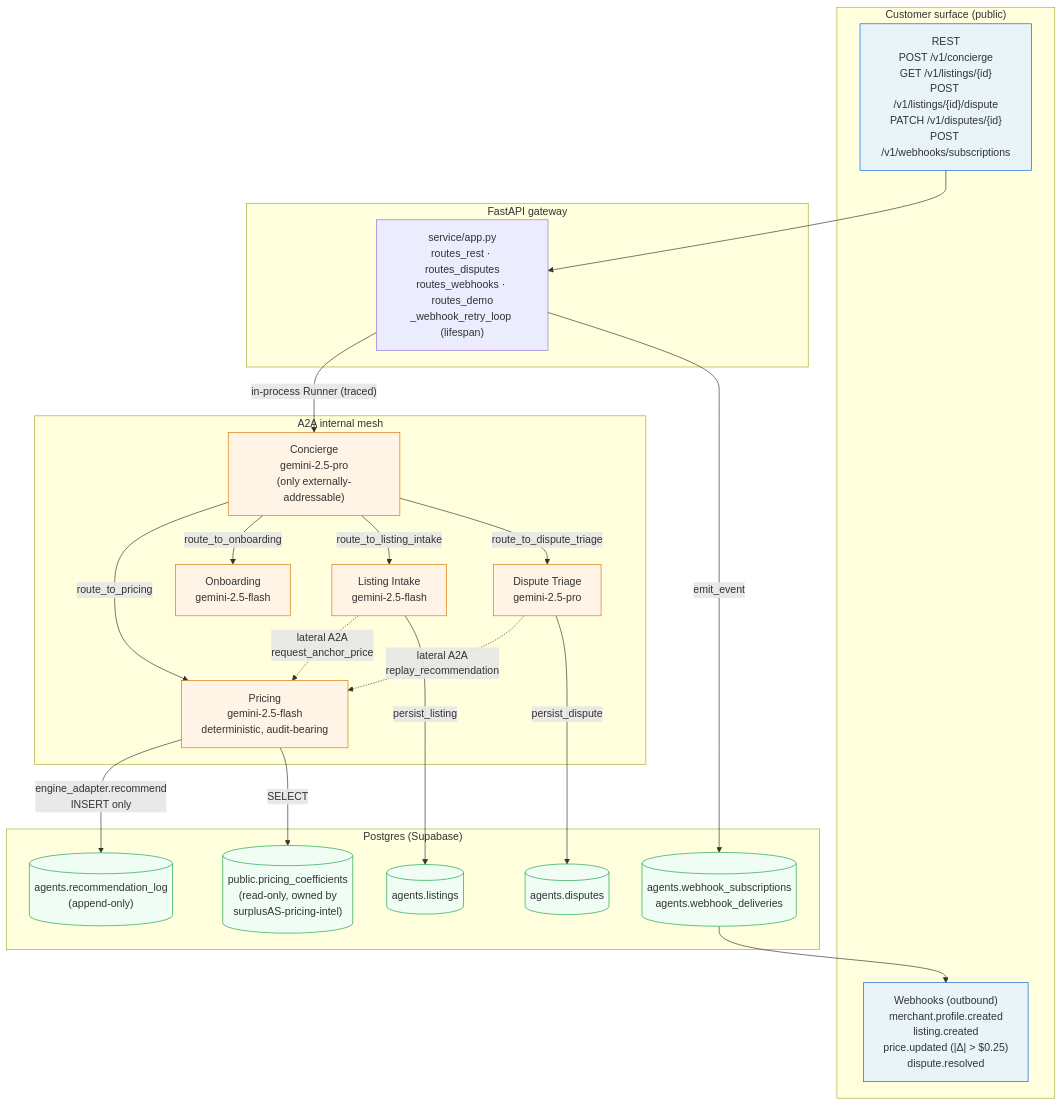
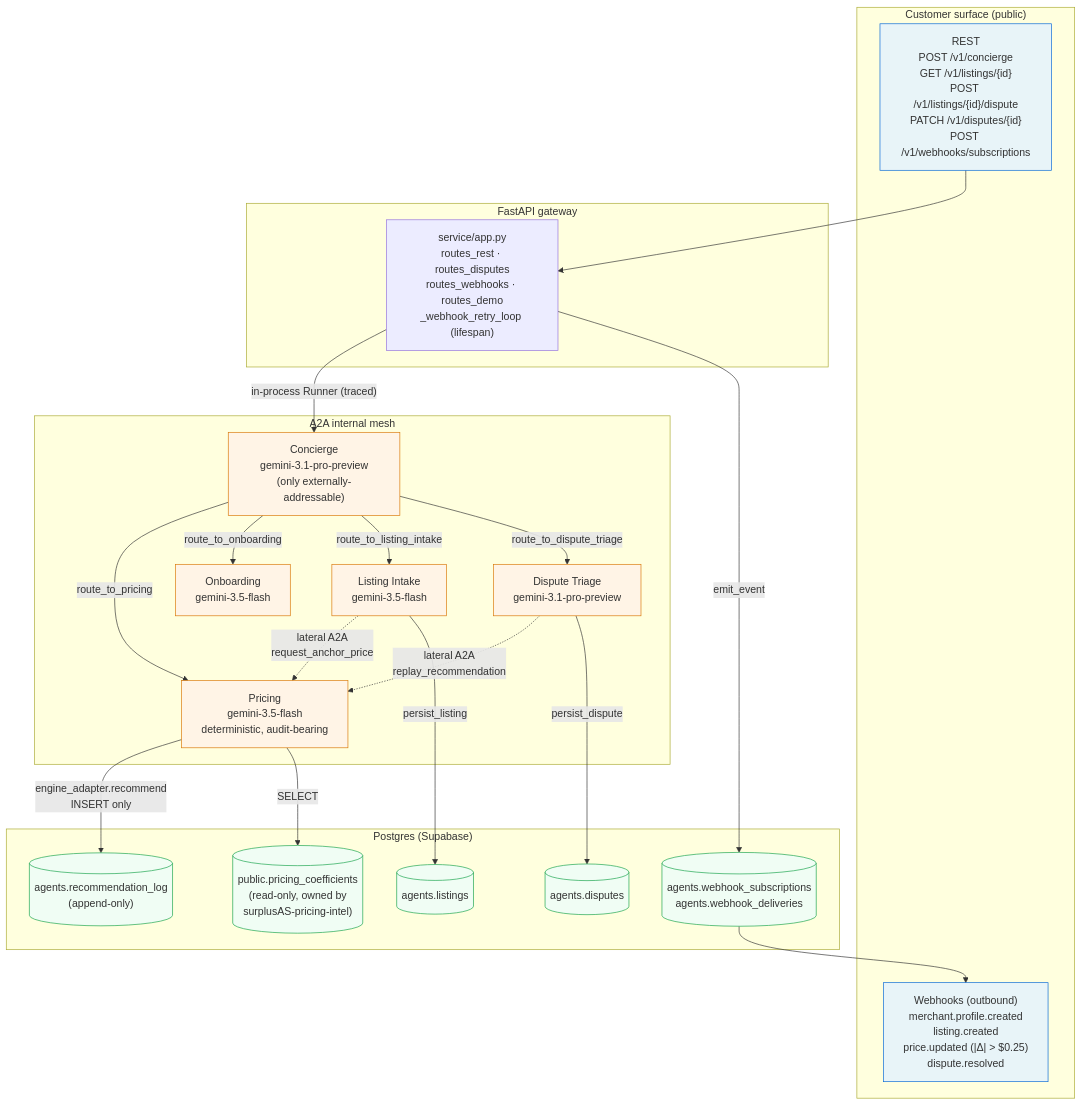
One commit to PS2O-Mitch/surplusAS-agents-2.0 changed the first of 3 diagrams in docs/architecture.md. Above: the diagram before and after it, drawn with Mermaid. The commit also changed 5 other files, not shown here.

First line of the commit message:
models: gemini-2.5 -> gemini-3.1-pro-preview / gemini-3.5-flash

````diff
--- a/docs/architecture.md
+++ b/docs/architecture.md
@@ -11,51 +11,51 @@
 ```mermaid
 flowchart TB
     subgraph customer["Customer surface (public)"]
         rest["REST<br/>POST /v1/concierge<br/>GET /v1/listings/{id}<br/>POST /v1/listings/{id}/dispute<br/>PATCH /v1/disputes/{id}<br/>POST /v1/webhooks/subscriptions"]
         wh["Webhooks (outbound)<br/>merchant.profile.created<br/>listing.created<br/>price.updated (|Δ| &gt; $0.25)<br/>dispute.resolved"]
     end
 
     subgraph gateway["FastAPI gateway"]
         app["service/app.py<br/>routes_rest · routes_disputes<br/>routes_webhooks · routes_demo<br/>_webhook_retry_loop (lifespan)"]
     end
 
     subgraph mesh["A2A internal mesh"]
-        concierge["Concierge<br/>gemini-2.5-pro<br/>(only externally-addressable)"]
-        pricing["Pricing<br/>gemini-2.5-flash<br/>deterministic, audit-bearing"]
-        onboarding["Onboarding<br/>gemini-2.5-flash"]
-        intake["Listing Intake<br/>gemini-2.5-flash"]
-        dispute["Dispute Triage<br/>gemini-2.5-pro"]
+        concierge["Concierge<br/>gemini-3.1-pro-preview<br/>(only externally-addressable)"]
+        pricing["Pricing<br/>gemini-3.5-flash<br/>deterministic, audit-bearing"]
+        onboarding["Onboarding<br/>gemini-3.5-flash"]
+        intake["Listing Intake<br/>gemini-3.5-flash"]
+        dispute["Dispute Triage<br/>gemini-3.1-pro-preview"]
     end
 
     subgraph data["Postgres (Supabase)"]
         log[("agents.recommendation_log<br/>(append-only)")]
         listings[("agents.listings")]
         disputes[("agents.disputes")]
         coeffs[("public.pricing_coefficients<br/>(read-only, owned by<br/>surplusAS-pricing-intel)")]
         subs[("agents.webhook_subscriptions<br/>agents.webhook_deliveries")]
     end
 
     rest --> app
     app -->|"in-process Runner (traced)"| concierge
     concierge -->|"route_to_pricing"| pricing
     concierge -->|"route_to_onboarding"| onboarding
     concierge -->|"route_to_listing_intake"| intake
     concierge -->|"route_to_dispute_triage"| dispute
 
     intake -. "lateral A2A<br/>request_anchor_price" .-> pricing
     dispute -. "lateral A2A<br/>replay_recommendation" .-> pricing
 
     pricing -->|"engine_adapter.recommend<br/>INSERT only"| log
     pricing -->|"SELECT"| coeffs
     intake -->|"persist_listing"| listings
     dispute -->|"persist_dispute"| disputes
     app -->|"emit_event"| subs
     subs --> wh
 
     classDef customer fill:#e8f4f8,stroke:#0366d6
     classDef agent fill:#fff4e6,stroke:#d97706
     classDef store fill:#f0fdf4,stroke:#16a34a
     class rest,wh customer
     class concierge,pricing,onboarding,intake,dispute agent
     class log,listings,disputes,coeffs,subs store
 ```
````
